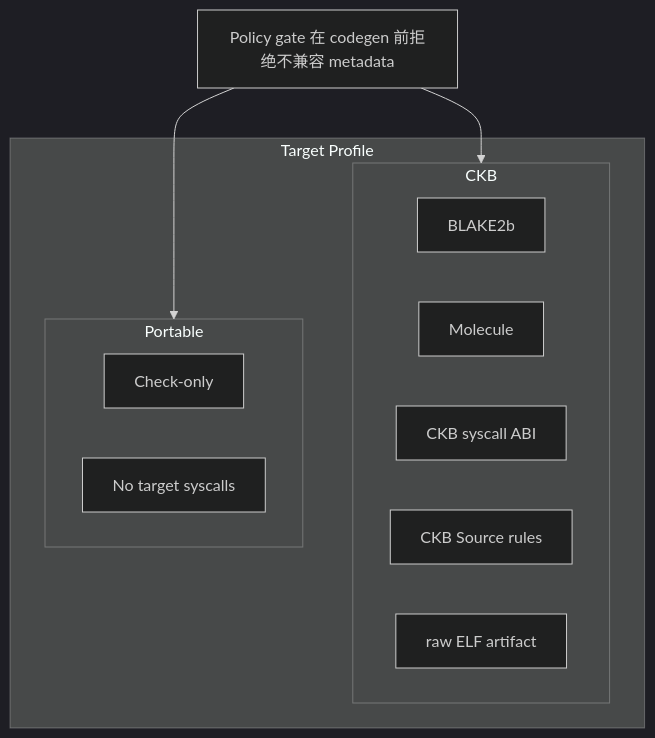
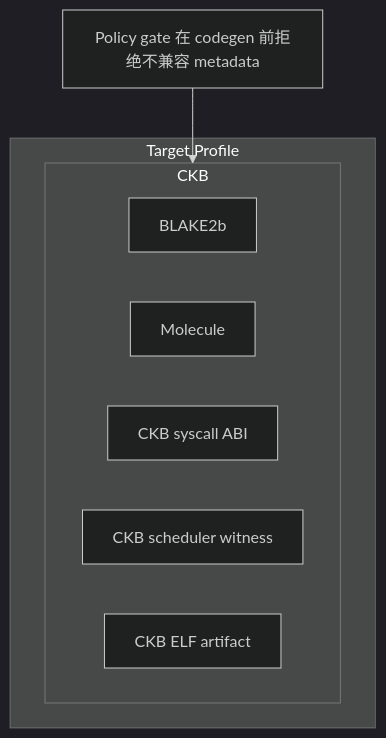
The second of 2 diagrams in README_CH.md (tsukifune-kosei/CellScript), drawn with Mermaid (dark theme) before and after one commit. The commit also changed other lines of this file and 71 other files, not shown here.

````diff
--- a/README_CH.md
+++ b/README_CH.md
@@ -413,18 +415,13 @@
 ```mermaid
 graph TB
     subgraph "Target Profile"
         subgraph CKB
             C1[BLAKE2b]
             C2[Molecule]
             C3[CKB syscall ABI]
-            C4["CKB Source rules"]
-            C5["raw ELF artifact"]
-        end
-        subgraph Portable
-            P1[Check-only]
-            P2[No target syscalls]
+            C4[CKB scheduler witness]
+            C5[CKB ELF artifact]
         end
     end
-    Policy --> CKB
-    Policy["Policy gate 在 codegen 前拒绝不兼容 metadata"] --> Portable
+    Policy["Policy gate 在 codegen 前拒绝不兼容 metadata"] --> CKB
 ```
````
